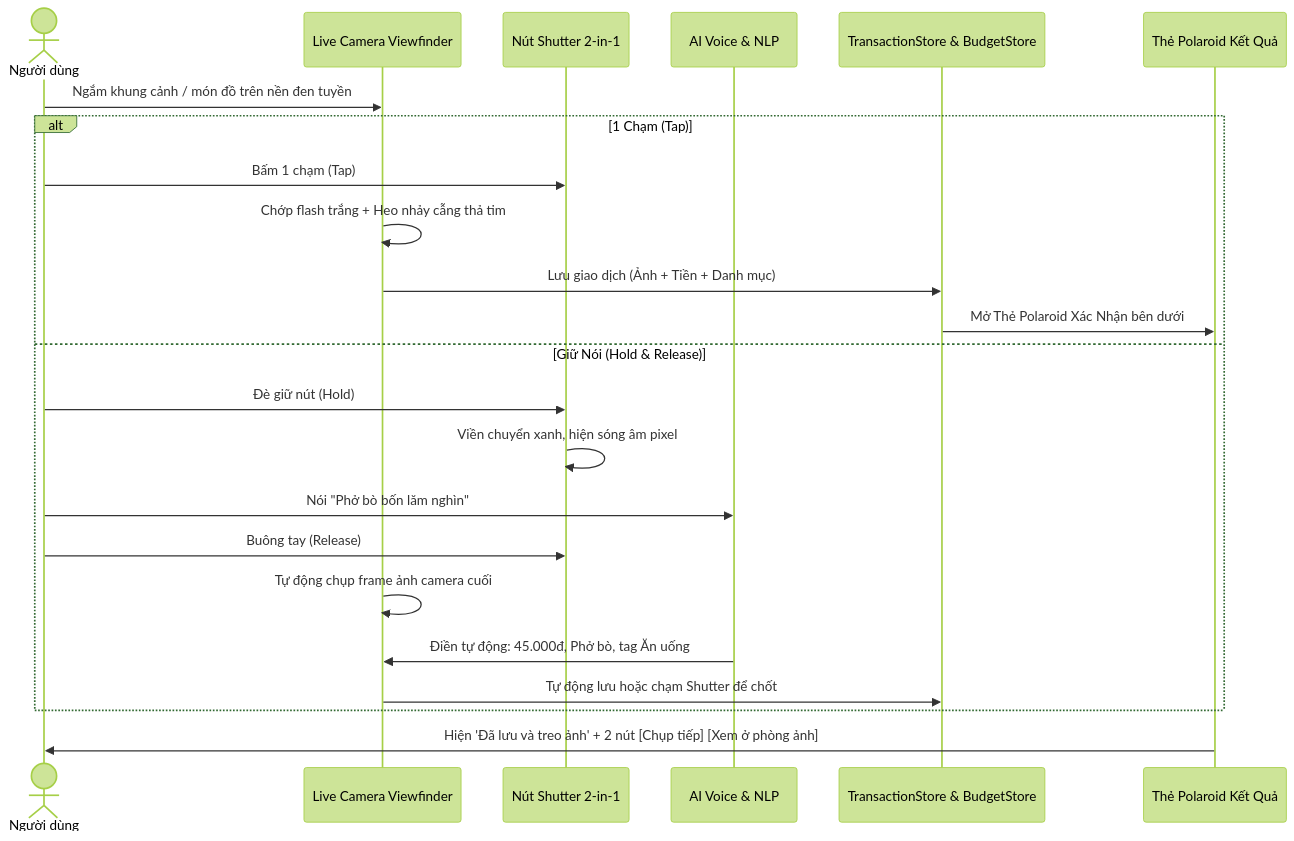
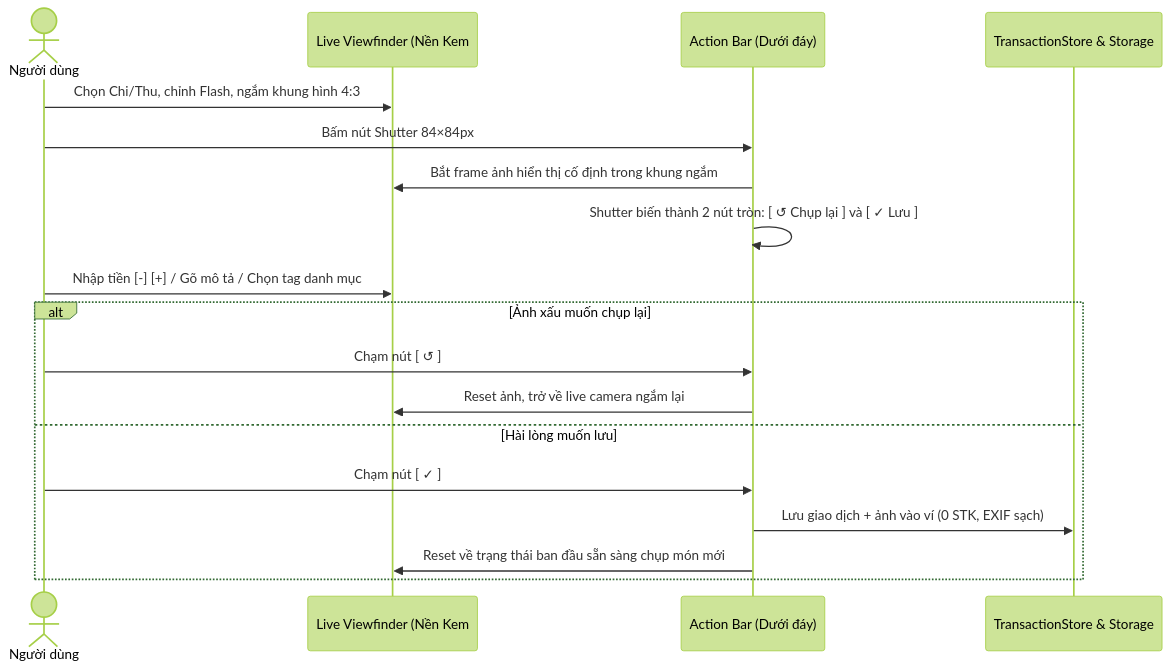
Before and after one commit to philipsgn/Kepi: the diagram in docs/screens/heocon/09-CAMERA.md, drawn with Mermaid (forest theme). The commit also changed other lines of this file and 4 other files, not shown here.

Commit message:
feat(camera): port 1:1 prototype new 19 11 image 4 cream bg 4:3 viewfinder round action buttons

````diff
--- a/docs/screens/heocon/09-CAMERA.md
+++ b/docs/screens/heocon/09-CAMERA.md
@@ -31,26 +36,21 @@
 ```mermaid
 sequenceDiagram
     actor User as Người dùng
-    participant Cam as Live Camera Viewfinder
-    participant Shutter as Nút Shutter 2-in-1
-    participant AI as AI Voice & NLP
-    participant Store as TransactionStore & BudgetStore
-    participant Polar as Thẻ Polaroid Kết Quả
+    participant Cam as Live Viewfinder (Nền Kem #F6EEDC)
+    participant Action as Action Bar (Dưới đáy)
+    participant Store as TransactionStore & Storage
 
-    User->>Cam: Ngắm khung cảnh / món đồ trên nền đen tuyền
-    alt 1 Chạm (Tap)
-        User->>Shutter: Bấm 1 chạm (Tap)
-        Cam->>Cam: Chớp flash trắng + Heo nhảy cẫng thả tim
-        Cam->>Store: Lưu giao dịch (Ảnh + Tiền + Danh mục)
-        Store->>Polar: Mở Thẻ Polaroid Xác Nhận bên dưới
-    else Giữ Nói (Hold & Release)
-        User->>Shutter: Đè giữ nút (Hold)
-        Shutter->>Shutter: Viền chuyển xanh, hiện sóng âm pixel
-        User->>AI: Nói "Phở bò bốn lăm nghìn"
-        User->>Shutter: Buông tay (Release)
-        Cam->>Cam: Tự động chụp frame ảnh camera cuối
-        AI->>Cam: Điền tự động: 45.000đ, Phở bò, tag Ăn uống
-        Cam->>Store: Tự động lưu hoặc chạm Shutter để chốt
+    User->>Cam: Chọn Chi/Thu, chỉnh Flash, ngắm khung hình 4:3
+    User->>Action: Bấm nút Shutter 84×84px
+    Action->>Cam: Bắt frame ảnh hiển thị cố định trong khung ngắm
+    Action->>Action: Shutter biến thành 2 nút tròn: [ ↺ Chụp lại ] và [ ✓ Lưu ]
+    User->>Cam: Nhập tiền [-] [+] / Gõ mô tả / Chọn tag danh mục
+    alt Ảnh xấu muốn chụp lại
+        User->>Action: Chạm nút [ ↺ ]
+        Action->>Cam: Reset ảnh, trở về live camera ngắm lại
+    else Hài lòng muốn lưu
+        User->>Action: Chạm nút [ ✓ ]
+        Action->>Store: Lưu giao dịch + ảnh vào ví (0 STK, EXIF sạch)
+        Action->>Cam: Reset về trạng thái ban đầu sẵn sàng chụp món mới
     end
-    Polar->>User: Hiện 'Đã lưu và treo ảnh' + 2 nút [Chụp tiếp] [Xem ở phòng ảnh]
 ```
````
